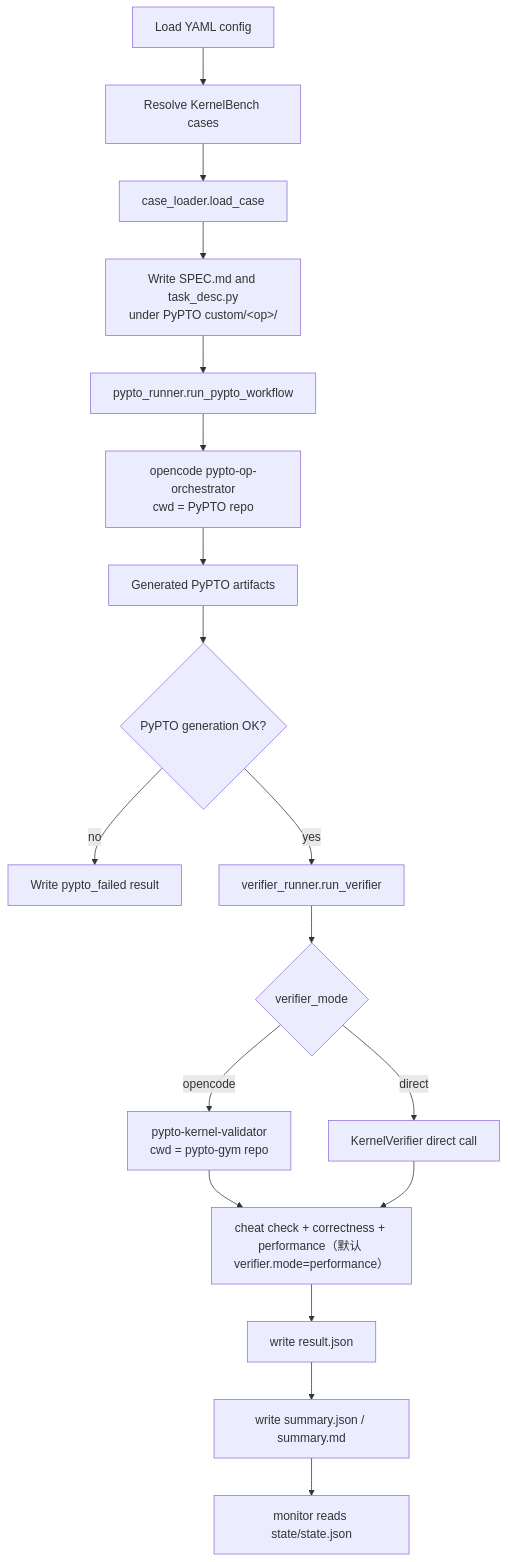
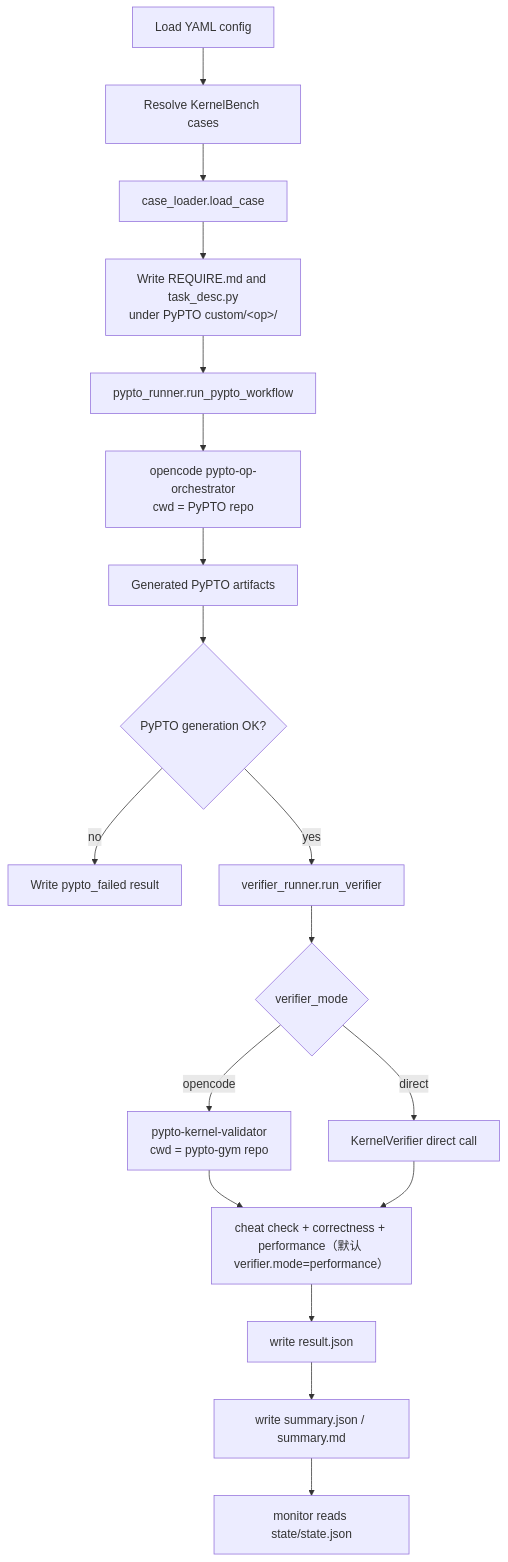
The second of 3 diagrams in benchmark/docs/architecture.md (hicann/pypto-gym), drawn with Mermaid before and after one commit. The commit also changed other lines of this file and 18 other files, not shown here.

````diff
--- a/benchmark/docs/architecture.md
+++ b/benchmark/docs/architecture.md
@@ -35,20 +35,20 @@
 ```mermaid
 flowchart TD
     A["Load YAML config"] --> B["Resolve KernelBench cases"]
     B --> C["case_loader.load_case"]
-    C --> D["Write SPEC.md and task_desc.py<br/>under PyPTO custom/&lt;op&gt;/"]
+    C --> D["Write REQUIRE.md and task_desc.py<br/>under PyPTO custom/&lt;op&gt;/"]
     D --> E["pypto_runner.run_pypto_workflow"]
     E --> F["opencode pypto-op-orchestrator<br/>cwd = PyPTO repo"]
     F --> G["Generated PyPTO artifacts"]
     G --> H{"PyPTO generation OK?"}
     H -- no --> I["Write pypto_failed result"]
     H -- yes --> J["verifier_runner.run_verifier"]
     J --> K{"verifier_mode"}
     K -- opencode --> L["pypto-kernel-validator<br/>cwd = pypto-gym repo"]
     K -- direct --> M["KernelVerifier direct call"]
     L --> N["cheat check + correctness + performance（默认 verifier.mode=performance）"]
     M --> N
     N --> O["write result.json"]
     O --> P["write summary.json / summary.md"]
     P --> Q["monitor reads state/state.json"]
 ```
````
